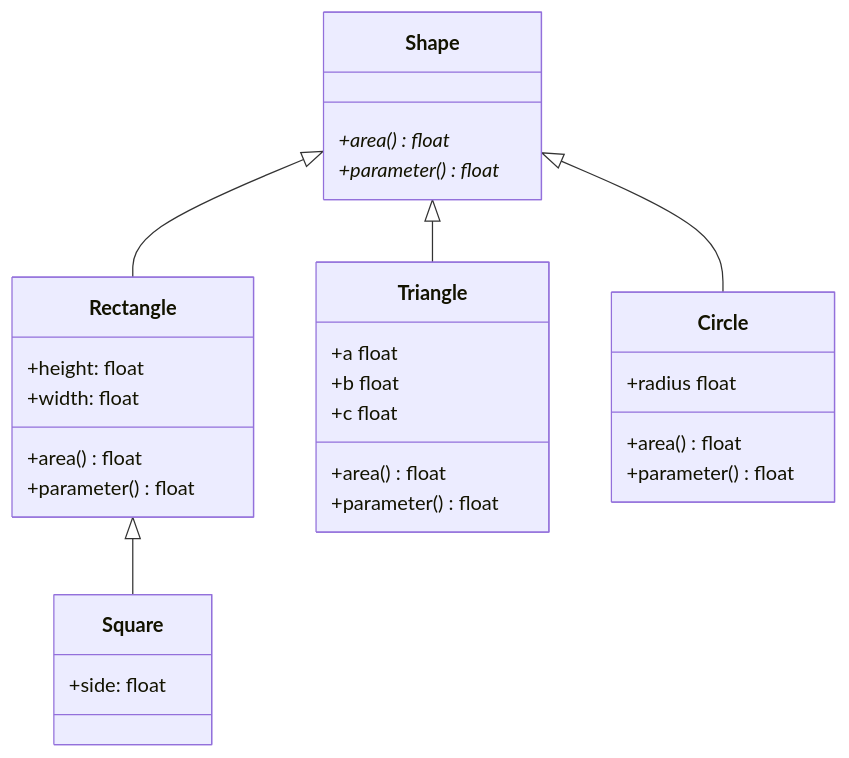
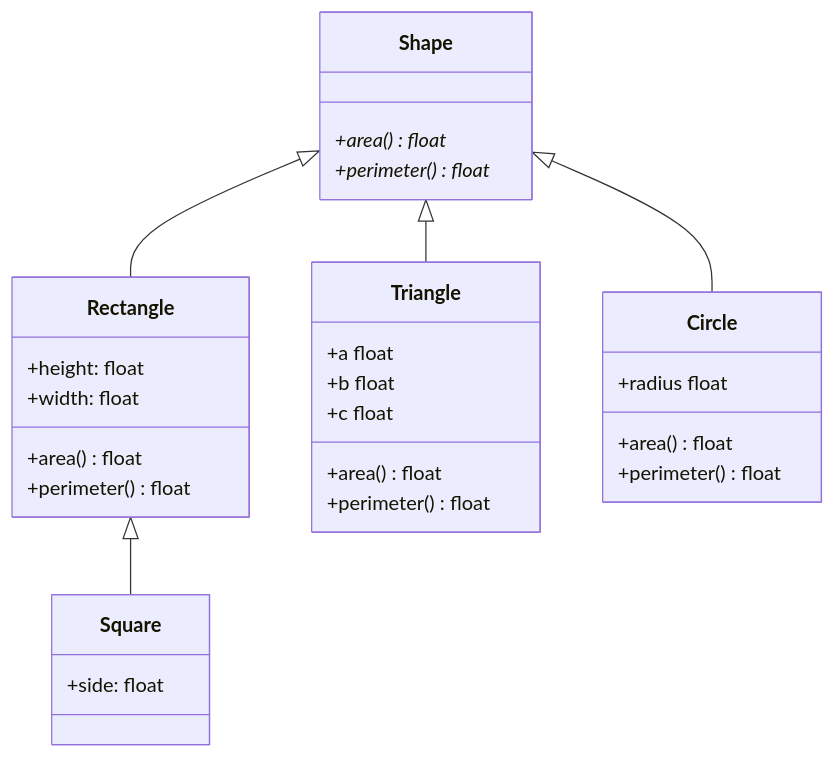
One commit to se-for-sci/se-for-sci.github.io changed the first of 3 diagrams in content/week06_oop/oodesign.md. Above: the diagram before and after it, drawn with Mermaid. The commit also changed other lines of this file and 45 other files, not shown here.

````diff
--- a/content/week06_oop/oodesign.md
+++ b/content/week06_oop/oodesign.md
@@ -140,32 +140,32 @@
 ```{mermaid}
 classDiagram
     Shape <|-- Rectangle
     Rectangle <|-- Square
     Shape <|-- Triangle
     Shape <|-- Circle
     class Shape {
         +area()* float
-        +parameter()* float
+        +perimeter()* float
     }
     class Rectangle {
         +height: float
         +width: float
         +area() float
-        +parameter() float
+        +perimeter() float
     }
     class Triangle {
         +a float
         +b float
         +c float
         +area() float
-        +parameter() float
+        +perimeter() float
     }
     class Circle {
         +radius float
         +area() float
-        +parameter() float
+        +perimeter() float
     }
     class Square {
         +side: float
     }
 ```
````
